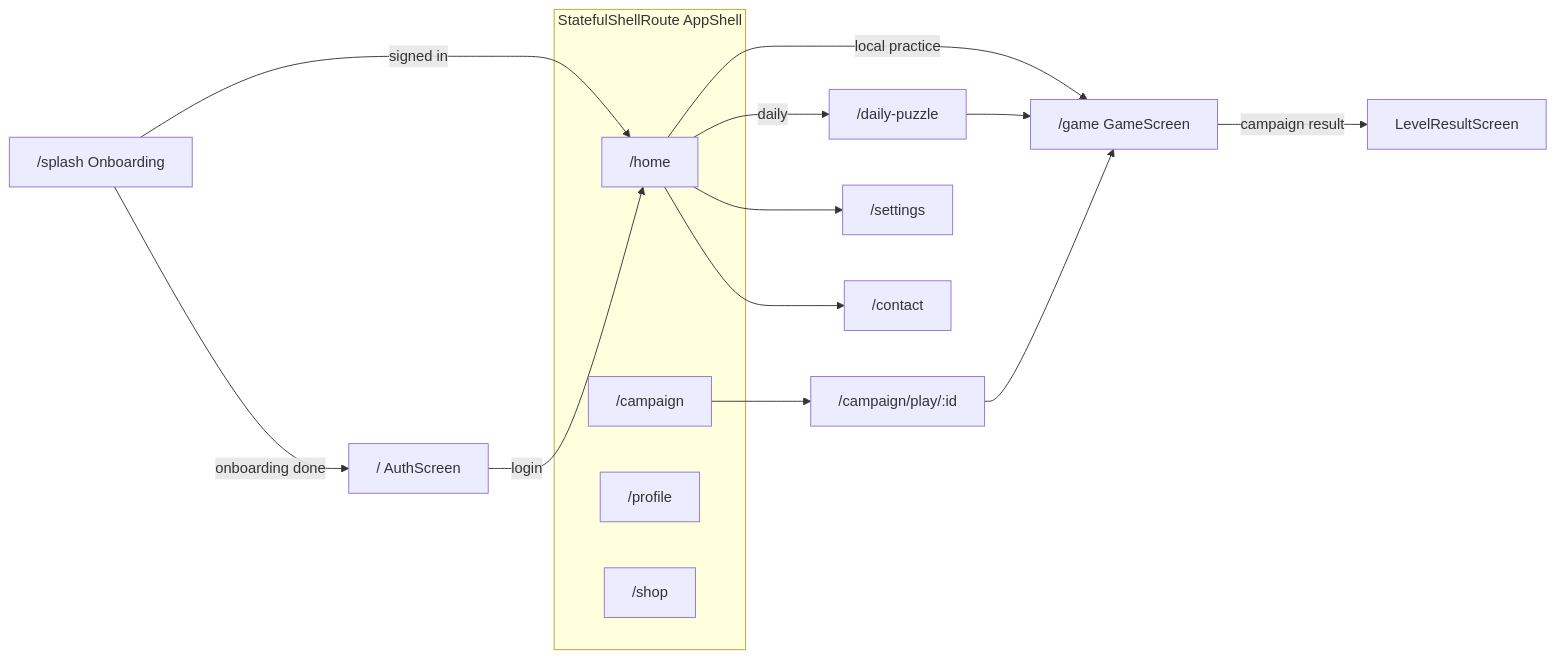
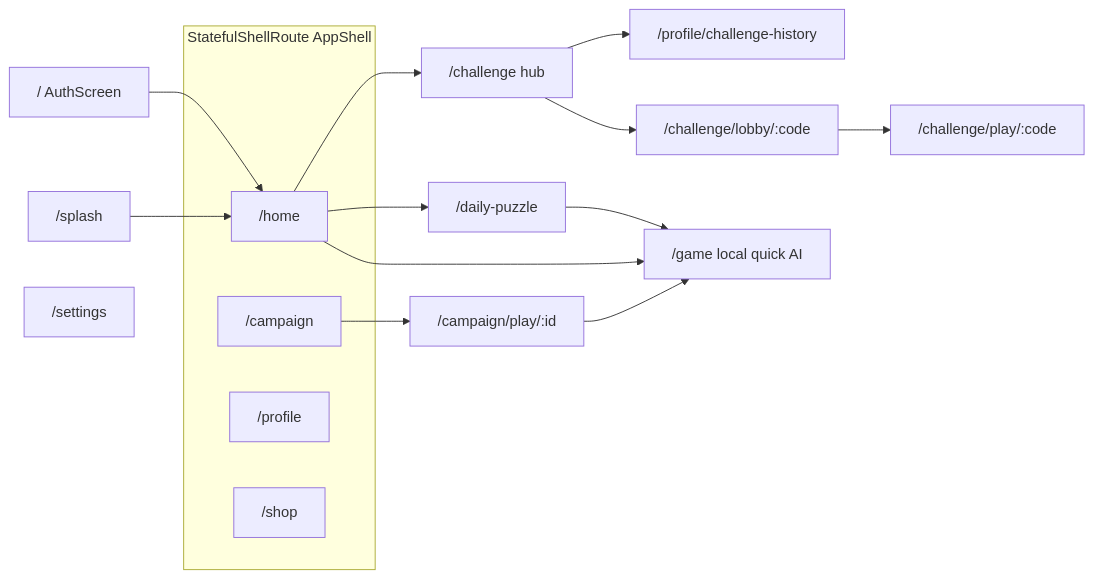
One commit to vividmemories-games/Dot_Clash changed the third of 10 diagrams in docs/architecture.md. Above: the diagram before and after it, drawn with Mermaid. The commit also changed other lines of this file and 13 other files, not shown here.

````diff
--- a/docs/architecture.md
+++ b/docs/architecture.md
@@ -122,28 +153,31 @@
 ```mermaid
 flowchart LR
-  Splash["/splash Onboarding"]
+  Splash["/splash"]
   Auth["/ AuthScreen"]
   subgraph shell [StatefulShellRoute AppShell]
     Home["/home"]
     Campaign["/campaign"]
     Profile["/profile"]
     Shop["/shop"]
   end
-  Game["/game GameScreen"]
+  Game["/game local quick AI"]
   CampPlay["/campaign/play/:id"]
   Daily["/daily-puzzle"]
+  ChallengeHome["/challenge hub"]
+  ChallengeLobby["/challenge/lobby/:code"]
+  ChallengePlay["/challenge/play/:code"]
+  ChallengeHistory["/profile/challenge-history"]
   Settings["/settings"]
-  Contact["/contact"]
 
-  Splash -->|signed in| Home
-  Splash -->|onboarding done| Auth
-  Auth -->|login| Home
-  Home -->|local practice| Game
-  Home -->|daily| Daily
+  Splash --> Home
+  Auth --> Home
+  Home --> Game
+  Home --> Daily
+  Home --> ChallengeHome
+  ChallengeHome --> ChallengeLobby
+  ChallengeLobby --> ChallengePlay
+  ChallengeHome --> ChallengeHistory
   Campaign --> CampPlay
   CampPlay --> Game
   Daily --> Game
-  Home --> Settings
-  Home --> Contact
-  Game -->|campaign result| LevelResult[LevelResultScreen]
 ```
````
